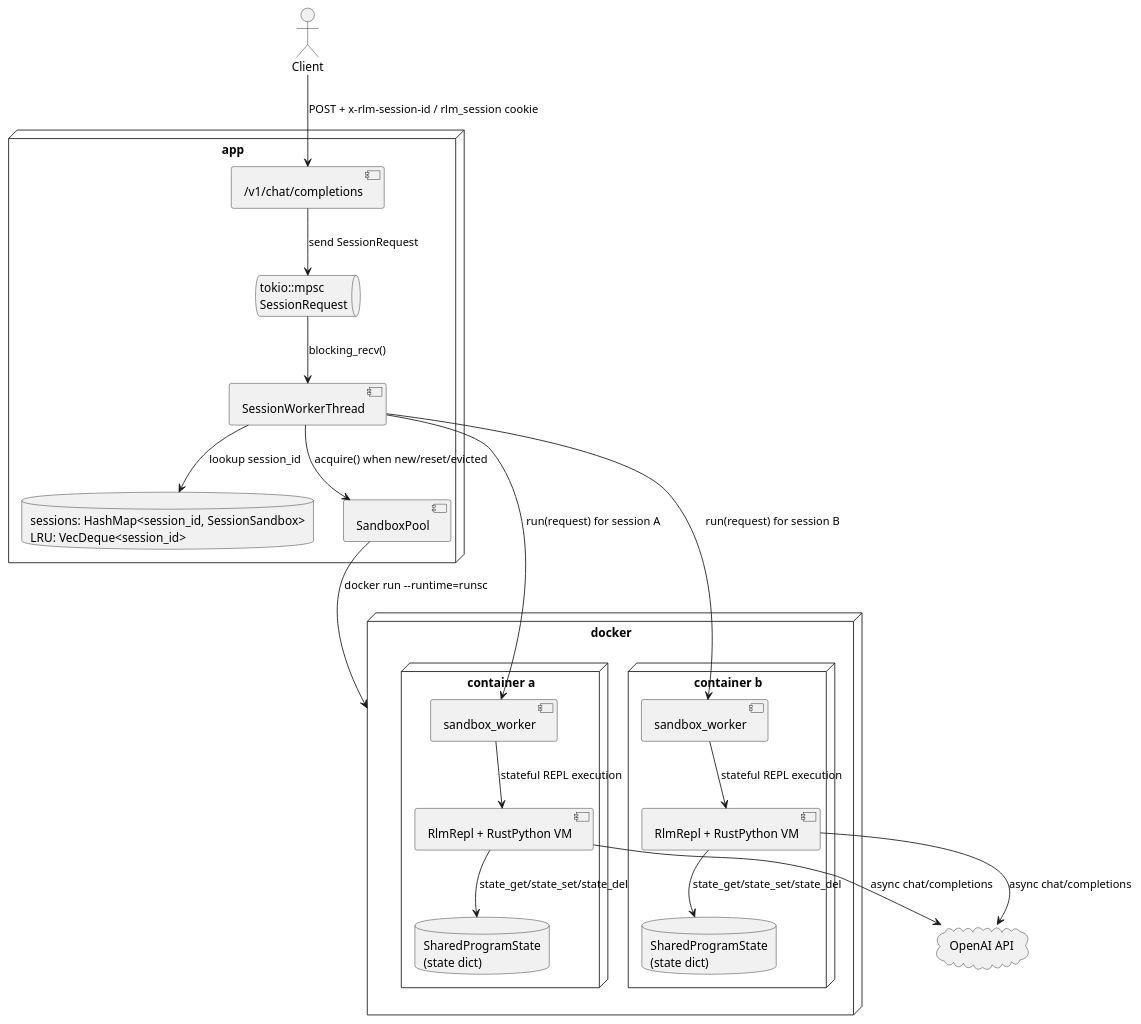
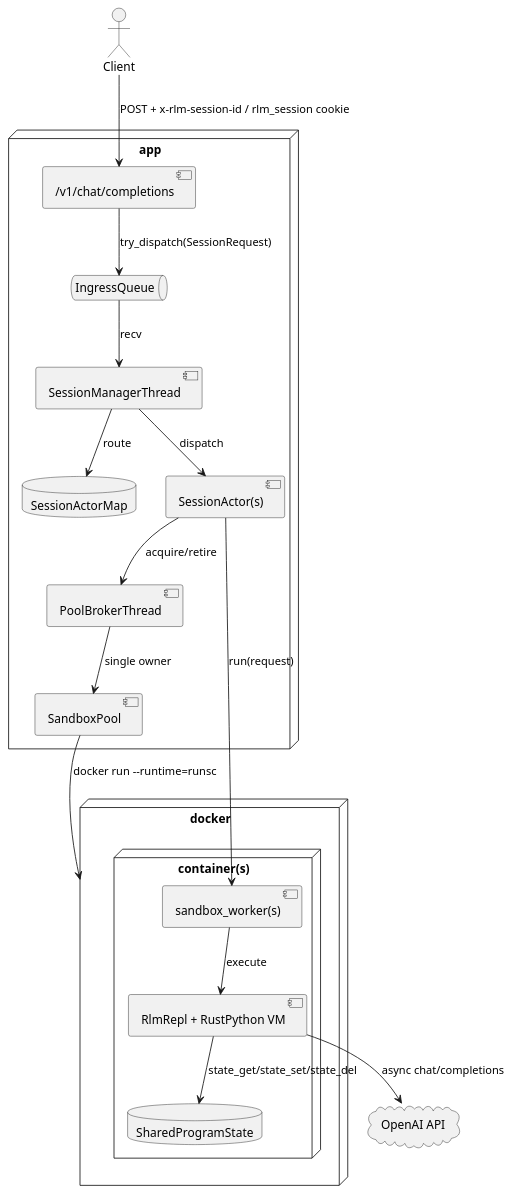
One commit to andrewhinh/rlm-rs changed the diagram in assets/uml/arch.puml. Above: the diagram before and after it, drawn with PlantUML. The commit also changed 14 other files, not shown here.

Commit message:
replace session mpsc with pool broker thread for reduced hol blocking

```diff
--- a/assets/uml/arch.puml
+++ b/assets/uml/arch.puml
@@ -1,43 +1,39 @@
-@startuml
+@startuml arch
 
 actor Client
 cloud "OpenAI API" as OpenAI
 
 node "app" as App {
   component "/v1/chat/completions" as Endpoint
-  queue "tokio::mpsc\nSessionRequest" as Queue
-  component "SessionWorkerThread" as SessionWorker
-  database "sessions: HashMap<session_id, SessionSandbox>\nLRU: VecDeque<session_id>" as SessionTable
+  queue "IngressQueue" as Ingress
+  component "SessionManagerThread" as SessionManager
+  database "SessionActorMap" as ActorMap
+  component "SessionActor(s)" as Actors
+  component "PoolBrokerThread" as PoolBroker
   component "SandboxPool" as Pool
 }
 
 node "docker" as DockerHost {
-  node "container a" as ContainerA {
-    component "sandbox_worker" as WorkerA
-    component "RlmRepl + RustPython VM" as ReplA
-    database "SharedProgramState\n(state dict)" as StateA
-  }
-  node "container b" as ContainerB {
-    component "sandbox_worker" as WorkerB
-    component "RlmRepl + RustPython VM" as ReplB
-    database "SharedProgramState\n(state dict)" as StateB
+  node "container(s)" as Containers {
+    component "sandbox_worker(s)" as Workers
+    component "RlmRepl + RustPython VM" as Repls
+    database "SharedProgramState" as State
   }
 }
 
 Client --> Endpoint : POST + x-rlm-session-id / rlm_session cookie
-Endpoint --> Queue : send SessionRequest
-Queue --> SessionWorker : blocking_recv()
-SessionWorker --> SessionTable : lookup session_id
-SessionWorker --> Pool : acquire() when new/reset/evicted
+Endpoint --> Ingress : try_dispatch(SessionRequest)
+Ingress --> SessionManager : recv
+SessionManager --> ActorMap : route
+SessionManager --> Actors : dispatch
+
+Actors --> PoolBroker : acquire/retire
+PoolBroker --> Pool : single owner
 Pool --> DockerHost : docker run --runtime=runsc
 
-SessionWorker --> WorkerA : run(request) for session A
-SessionWorker --> WorkerB : run(request) for session B
-WorkerA --> ReplA : stateful REPL execution
-WorkerB --> ReplB : stateful REPL execution
-ReplA --> StateA : state_get/state_set/state_del
-ReplB --> StateB : state_get/state_set/state_del
-ReplA --> OpenAI : async chat/completions
-ReplB --> OpenAI : async chat/completions
+Actors --> Workers : run(request)
+Workers --> Repls : execute
+Repls --> State : state_get/state_set/state_del
+Repls --> OpenAI : async chat/completions
 
 @enduml
```
